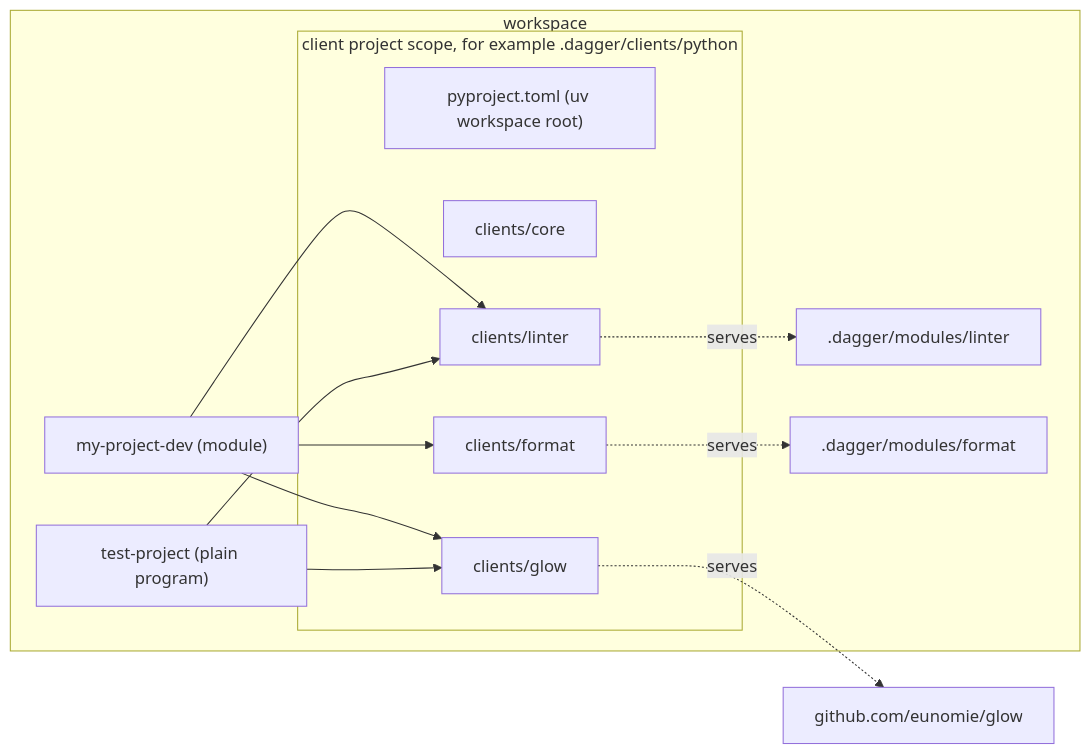
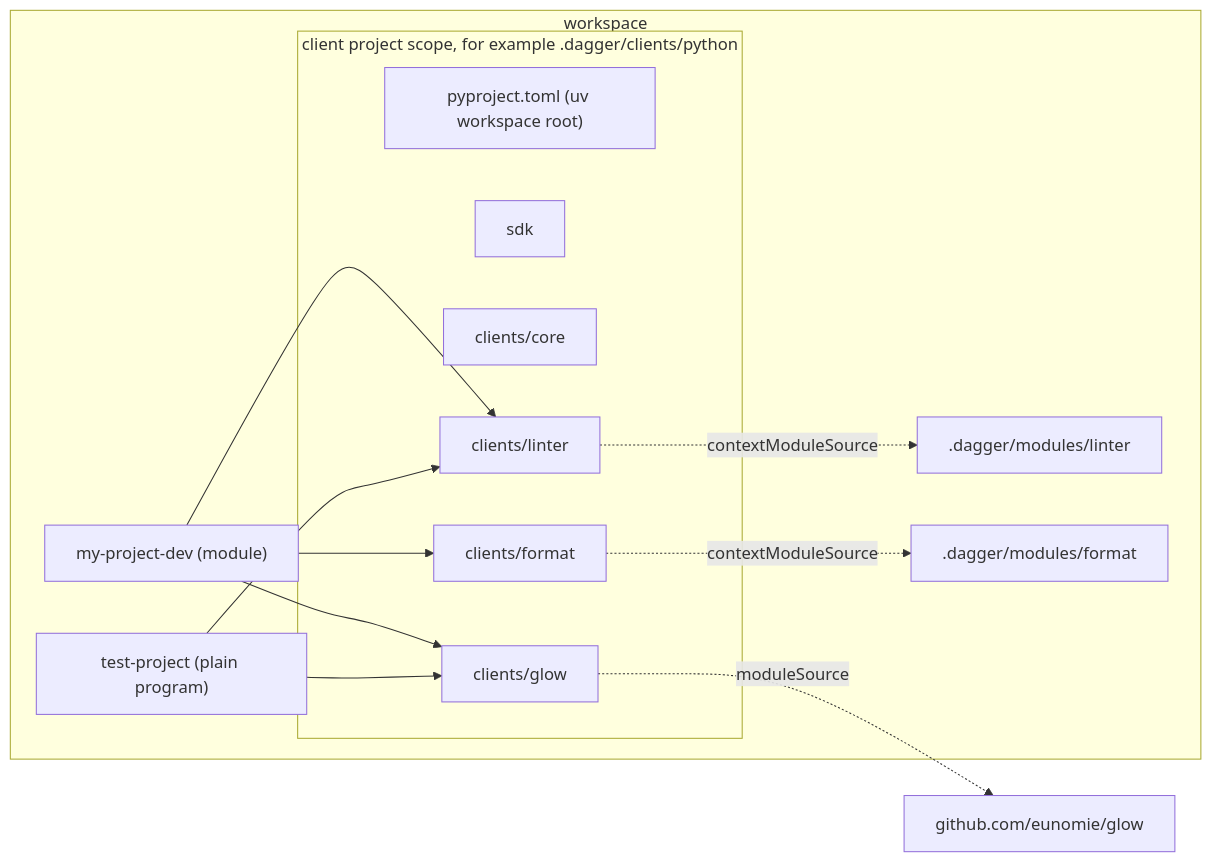
The second of 3 diagrams in hack/designs/2026-09-15-unified-clients.md (dagger/python-sdk), drawn with Mermaid before and after one commit. The commit also changed other lines of this file, not shown here.

````diff
--- a/hack/designs/2026-09-15-unified-clients.md
+++ b/hack/designs/2026-09-15-unified-clients.md
@@ -124,25 +134,26 @@
 ```mermaid
 graph LR
   subgraph WS["workspace"]
     MOD["my-project-dev (module)"]
     TP["test-project (plain program)"]
     subgraph SC["client project scope, for example .dagger/clients/python"]
       ROOT["pyproject.toml (uv workspace root)"]
+      SDK["sdk"]
       CORE["clients/core"]
       L["clients/linter"]
       F["clients/format"]
       G["clients/glow"]
     end
     LM[".dagger/modules/linter"]
     FM[".dagger/modules/format"]
   end
   GLOW["github.com/eunomie/glow"]
   MOD --> L
   MOD --> F
   MOD --> G
   TP --> L
   TP --> G
-  L -. serves .-> LM
-  F -. serves .-> FM
-  G -. serves .-> GLOW
+  L -. contextModuleSource .-> LM
+  F -. contextModuleSource .-> FM
+  G -. moduleSource .-> GLOW
 ```
````
